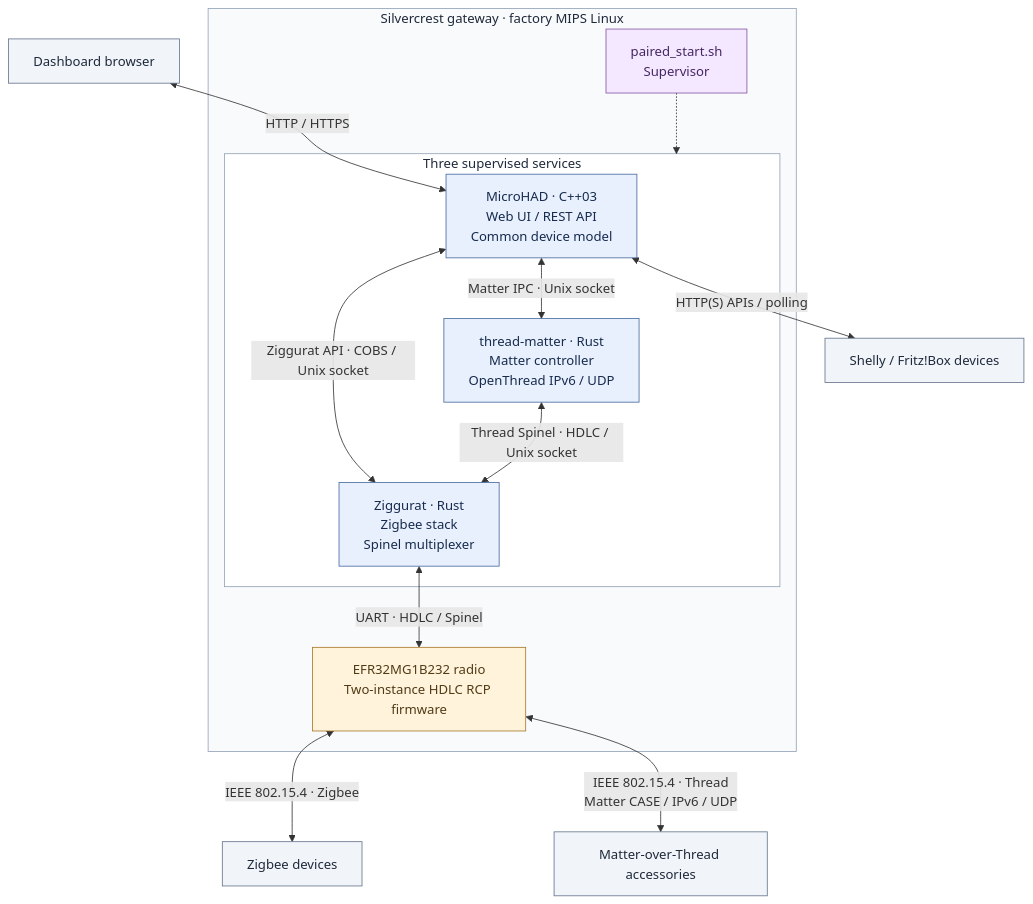
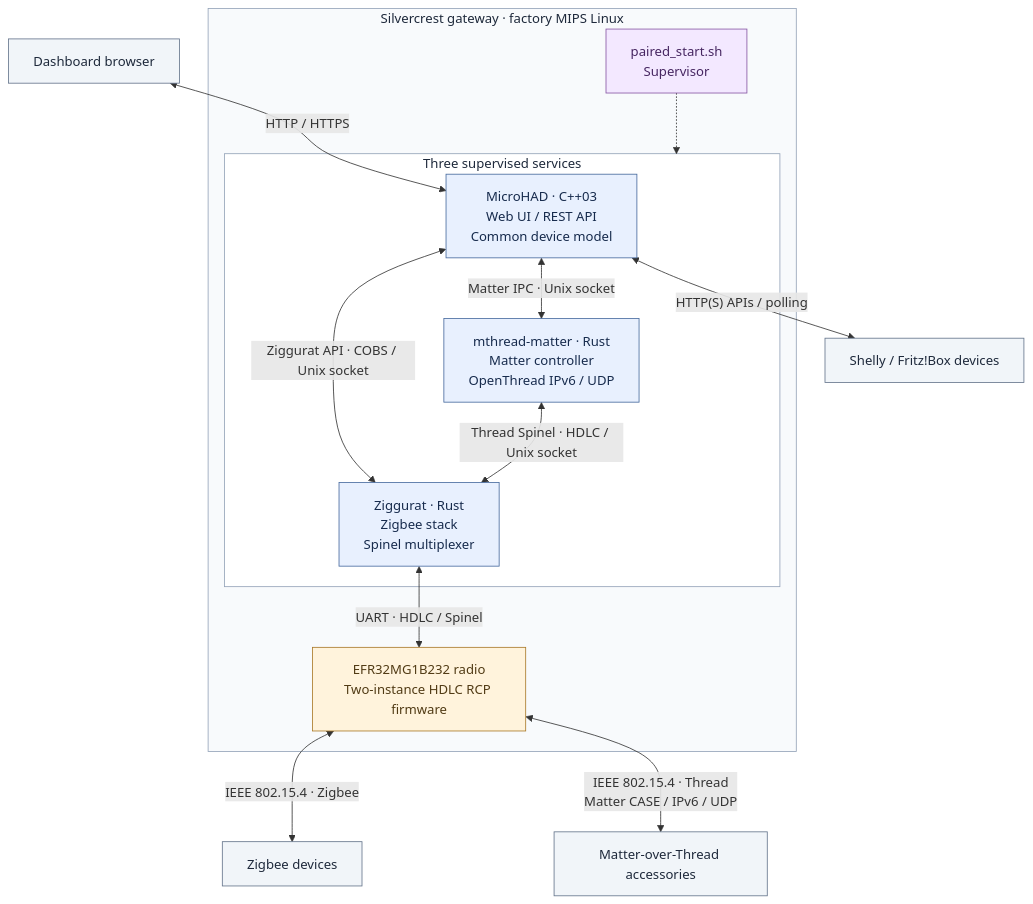
One commit to ChristophKaser/microhad changed the first of 2 diagrams in readme.md. Above: the diagram before and after it, drawn with Mermaid. The commit also changed other lines of this file and 147 other files, not shown here.

Commit message:
Migrate Matter IPC to bounded CBOR v2 and rename service to mthread-matter

````diff
--- a/readme.md
+++ b/readme.md
@@ -30,38 +30,38 @@
 ```mermaid
 flowchart TB
     browser["Dashboard browser"]
     httpDevices["Shelly / Fritz!Box devices"]
 
     subgraph gateway["Silvercrest gateway · factory MIPS Linux"]
         supervisor["paired_start.sh<br/>Supervisor"]
         subgraph services["Three supervised services"]
             native["MicroHAD · C++03<br/>Web UI / REST API<br/>Common device model"]
-            matter["thread-matter · Rust<br/>Matter controller<br/>OpenThread IPv6 / UDP"]
+            matter["mthread-matter · Rust<br/>Matter controller<br/>OpenThread IPv6 / UDP"]
             ziggurat["Ziggurat · Rust<br/>Zigbee stack<br/>Spinel multiplexer"]
             native <-->|"Matter IPC · Unix socket"| matter
             native <-->|"Ziggurat API · COBS / Unix socket"| ziggurat
             matter <-->|"Thread Spinel · HDLC / Unix socket"| ziggurat
         end
         radio["EFR32MG1B232 radio<br/>Two-instance HDLC RCP firmware"]
         supervisor -.-> services
         ziggurat <-->|"UART · HDLC / Spinel"| radio
     end
 
     zigbeeDevices["Zigbee devices"]
     matterDevices["Matter-over-Thread accessories"]
     browser <-->|"HTTP / HTTPS"| native
     native <-->|"HTTP(S) APIs / polling"| httpDevices
     radio <-->|"IEEE 802.15.4 · Zigbee"| zigbeeDevices
     radio <-->|"IEEE 802.15.4 · Thread<br/>Matter CASE / IPv6 / UDP"| matterDevices
 
     classDef service fill:#e8f0fe,stroke:#476a9e,color:#172b4d
     classDef hardware fill:#fff3dc,stroke:#a97928,color:#513b15
     classDef endpoint fill:#f1f5f9,stroke:#64748b,color:#1e293b
     classDef manager fill:#f3e8ff,stroke:#8655a3,color:#462661
     class native,matter,ziggurat service
     class radio hardware
     class browser,httpDevices,zigbeeDevices,matterDevices endpoint
     class supervisor manager
     style gateway fill:#f8fafc,stroke:#94a3b8,color:#1e293b
     style services fill:#ffffff,stroke:#94a3b8,color:#1e293b
 ```
````
